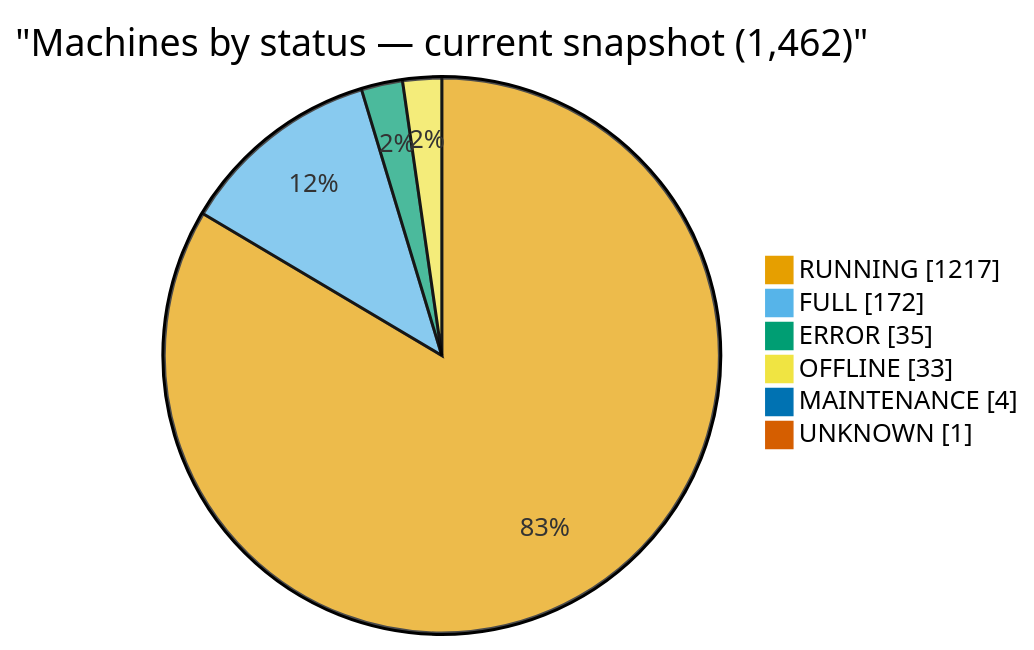
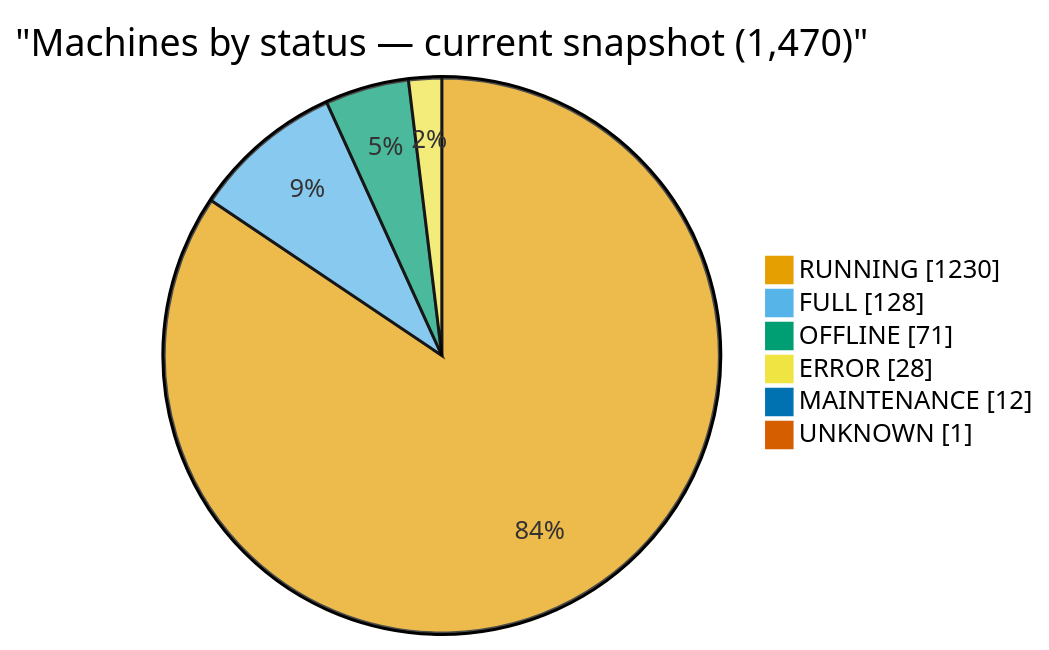
One commit to cheeaun/returnright-data changed the first of 5 diagrams in ANALYSIS.md. Above: the diagram before and after it, drawn with Mermaid. The commit also changed other lines of this file and 4 other files, not shown here.

````diff
--- a/ANALYSIS.md
+++ b/ANALYSIS.md
@@ -22,22 +22,22 @@
 ```mermaid
 ---
 config:
   themeVariables:
     pie1: "#E69F00"
     pie2: "#56B4E9"
     pie3: "#009E73"
     pie4: "#F0E442"
     pie5: "#0072B2"
     pie6: "#D55E00"
     pie7: "#CC79A7"
     pie8: "#999999"
 ---
 pie showData
-    title "Machines by status — current snapshot (1,462)"
-    "RUNNING": 1217
-    "FULL": 172
-    "ERROR": 35
-    "OFFLINE": 33
-    "MAINTENANCE": 4
+    title "Machines by status — current snapshot (1,470)"
+    "RUNNING": 1230
+    "FULL": 128
+    "OFFLINE": 71
+    "ERROR": 28
+    "MAINTENANCE": 12
     "UNKNOWN": 1
 ```
````
